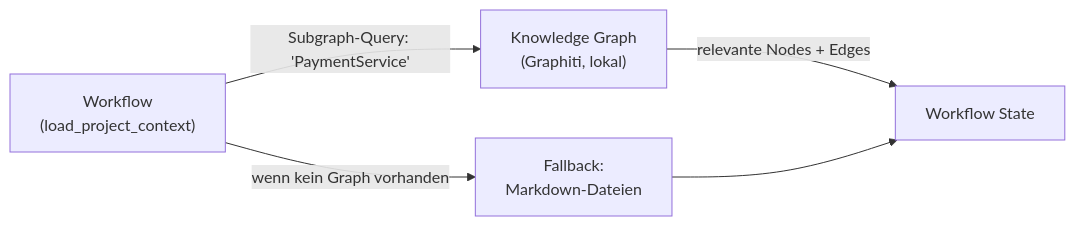
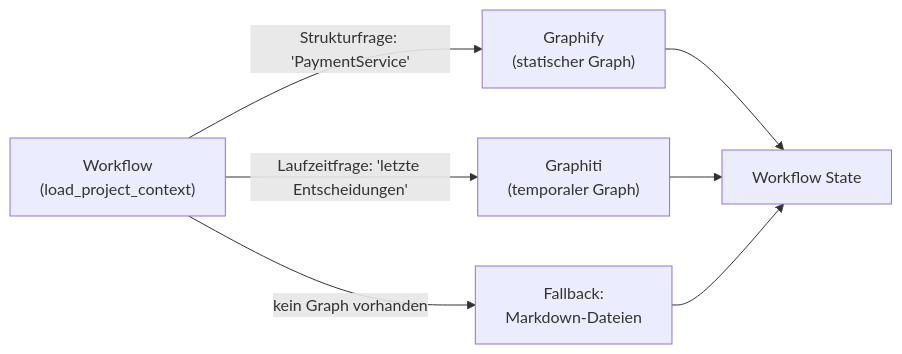
One commit to 5drei1/agenten-konzept changed the second of 2 diagrams in docs/05_projektwissen_und_kontext.md. Above: the diagram before and after it, drawn with Mermaid. The commit also changed other lines of this file, not shown here.

Commit message:
docs: Graphify als Stufe-1-Tool ergänzt, Graphiti für Stufe 2+

````diff
--- a/docs/05_projektwissen_und_kontext.md
+++ b/docs/05_projektwissen_und_kontext.md
@@ -23,12 +62,15 @@
 ```mermaid
 flowchart LR
     WF["Workflow\n(load_project_context)"]
-    GR["Knowledge Graph\n(Graphiti, lokal)"]
+    GF["Graphify\n(statischer Graph)"]
+    GT["Graphiti\n(temporaler Graph)"]
     MD["Fallback:\nMarkdown-Dateien"]
     ST["Workflow State"]
 
-    WF -->|"Subgraph-Query: 'PaymentService'"| GR
-    GR -->|"relevante Nodes + Edges"| ST
-    WF -->|"wenn kein Graph vorhanden"| MD
+    WF -->|"Strukturfrage: 'PaymentService'"| GF
+    WF -->|"Laufzeitfrage: 'letzte Entscheidungen'"| GT
+    GF --> ST
+    GT --> ST
+    WF -->|"kein Graph vorhanden"| MD
     MD --> ST
 ```
````
